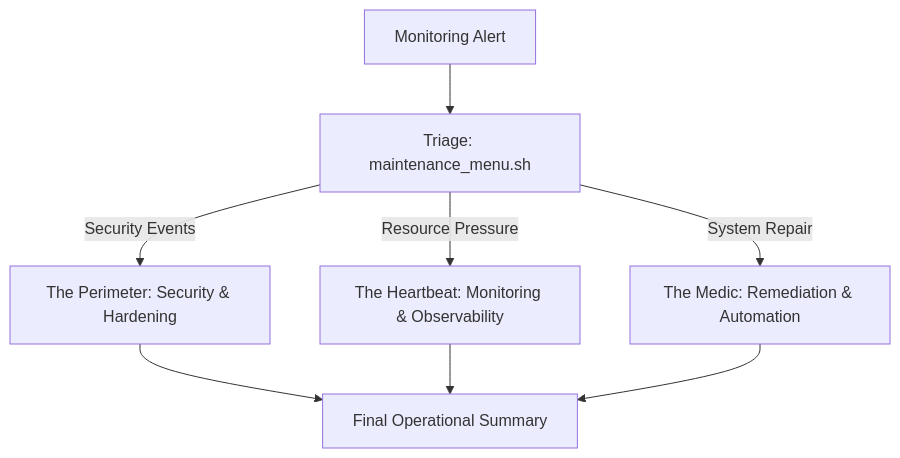
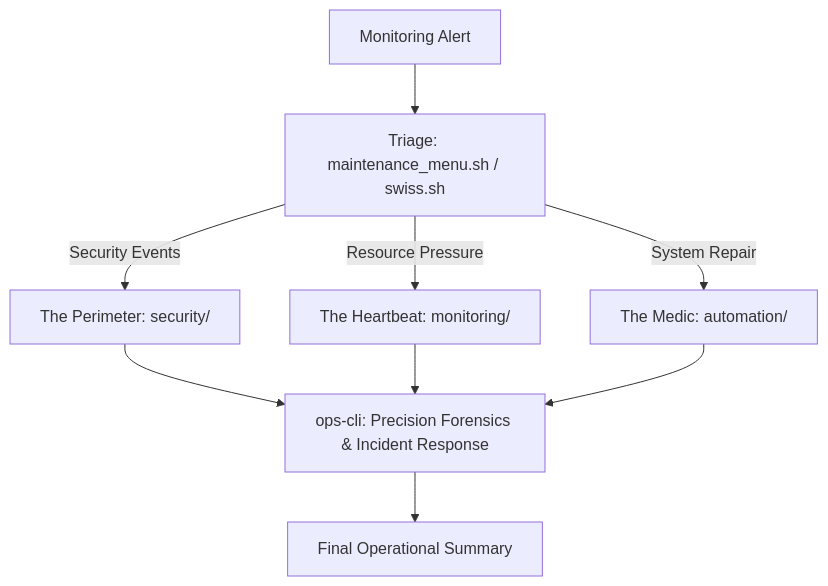
One commit to Ecook14/Scripts changed the diagram in README.md. Above: the diagram before and after it, drawn with Mermaid. The commit also changed other lines of this file and 3 other files, not shown here.

Commit message:
docs: expand `Usage.md` into a detailed operational manual and add documentation for the new `ops-cli` Go project.

````diff
--- a/README.md
+++ b/README.md
@@ -17,10 +59,11 @@
 ```mermaid
 graph TD
-    Alert[Monitoring Alert] --> Triage[Triage: maintenance_menu.sh]
-    Triage -->|Security Events| L1[The Perimeter: Security & Hardening]
-    Triage -->|Resource Pressure| L2[The Heartbeat: Monitoring & Observability]
-    Triage -->|System Repair| L3[The Medic: Remediation & Automation]
-    L1 --> Report[Final Operational Summary]
-    L2 --> Report
-    L3 --> Report
+    Alert[Monitoring Alert] --> Triage[Triage: maintenance_menu.sh / swiss.sh]
+    Triage -->|Security Events| L1[The Perimeter: security/]
+    Triage -->|Resource Pressure| L2[The Heartbeat: monitoring/]
+    Triage -->|System Repair| L3[The Medic: automation/]
+    L1 --> Engine[ops-cli: Precision Forensics & Incident Response]
+    L2 --> Engine
+    L3 --> Engine
+    Engine --> Report[Final Operational Summary]
 ```
````
